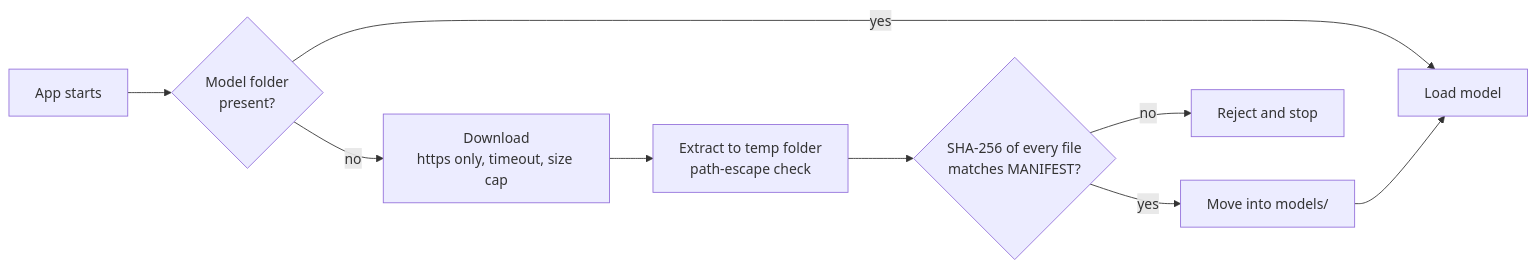
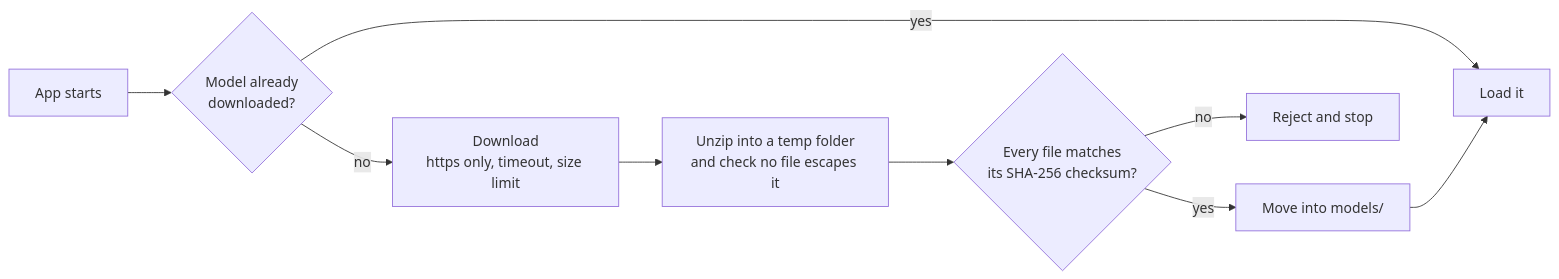
The third of 3 diagrams in README.md (aurveus/AI-phishing-detector), drawn with Mermaid before and after one commit. The commit also changed other lines of this file and 17 other files, not shown here.

````diff
--- a/README.md
+++ b/README.md
@@ -74,11 +78,11 @@
 ```mermaid
 flowchart LR
-    A[App starts] --> B{Model folder<br/>present?}
-    B -->|yes| Z[Load model]
-    B -->|no| C[Download<br/>https only, timeout, size cap]
-    C --> D[Extract to temp folder<br/>path-escape check]
-    D --> E{SHA-256 of every file<br/>matches MANIFEST?}
+    A[App starts] --> B{Model already<br/>downloaded?}
+    B -->|yes| Z[Load it]
+    B -->|no| C[Download<br/>https only, timeout, size limit]
+    C --> D[Unzip into a temp folder<br/>and check no file escapes it]
+    D --> E{Every file matches<br/>its SHA-256 checksum?}
     E -->|no| X[Reject and stop]
     E -->|yes| F[Move into models/]
     F --> Z
 ```
````
